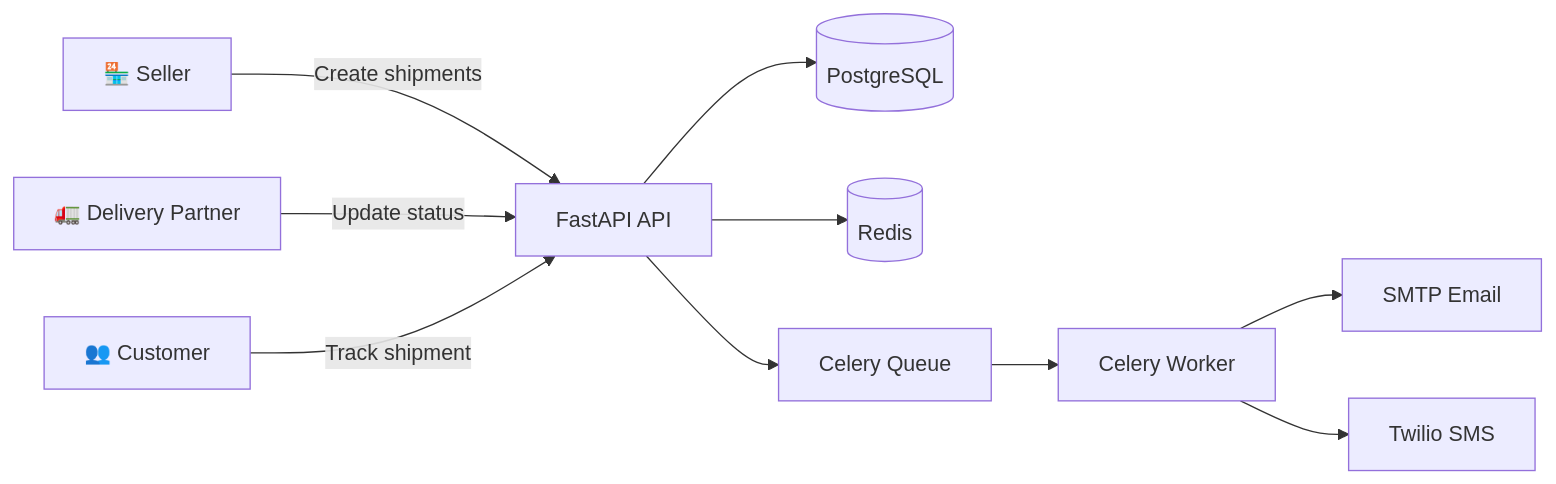
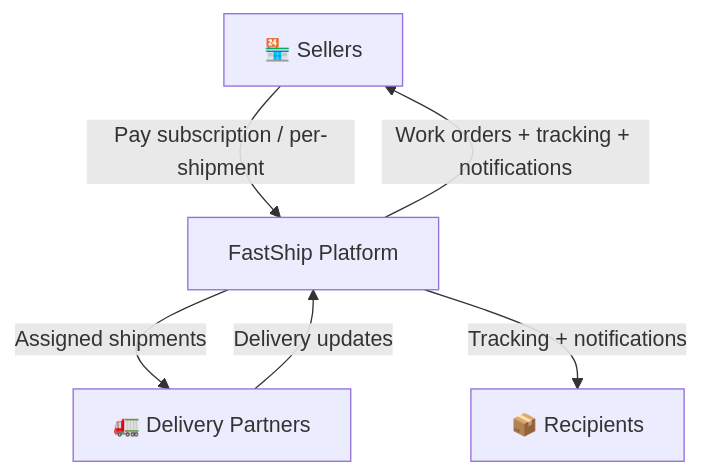
The first of 4 diagrams in README.md (MikhailZakharov-dev/fast-ship), drawn with Mermaid before and after one commit. The commit also changed other lines of this file, not shown here.

````diff
--- a/README.md
+++ b/README.md
@@ -50,14 +19,10 @@
 ```mermaid
-flowchart LR
-  Seller[🏪 Seller] -->|Create shipments| API[FastAPI API]
-  Partner[🚛 Delivery Partner] -->|Update status| API
-  Customer[👥 Customer] -->|Track shipment| API
+flowchart TB
+  Seller[🏪 Sellers] -->|Pay subscription / per-shipment| FastShip[FastShip Platform]
+  FastShip -->|Work orders + tracking + notifications| Seller
 
-  API --> DB[(PostgreSQL)]
-  API --> Cache[(Redis)]
-  API --> Queue[Celery Queue]
+  FastShip -->|Assigned shipments| Partner[🚛 Delivery Partners]
+  Partner -->|Delivery updates| FastShip
 
-  Queue --> Worker[Celery Worker]
-  Worker --> SMTP[SMTP Email]
-  Worker --> Twilio[Twilio SMS]
+  FastShip -->|Tracking + notifications| Recipient[📦 Recipients]
 ```
````
